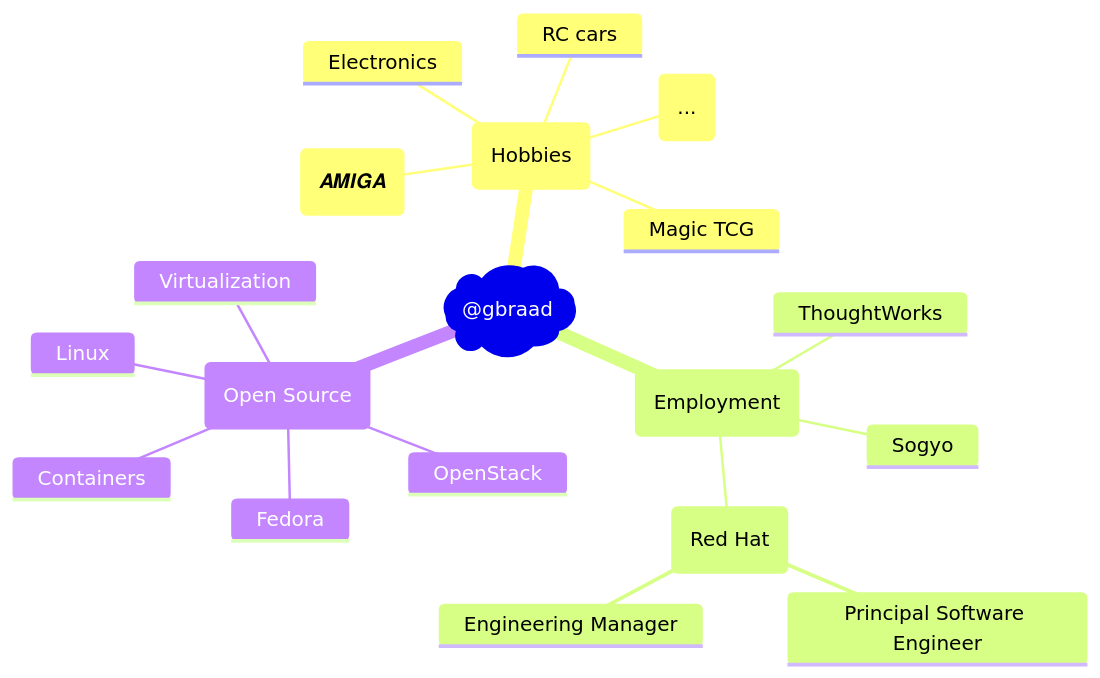
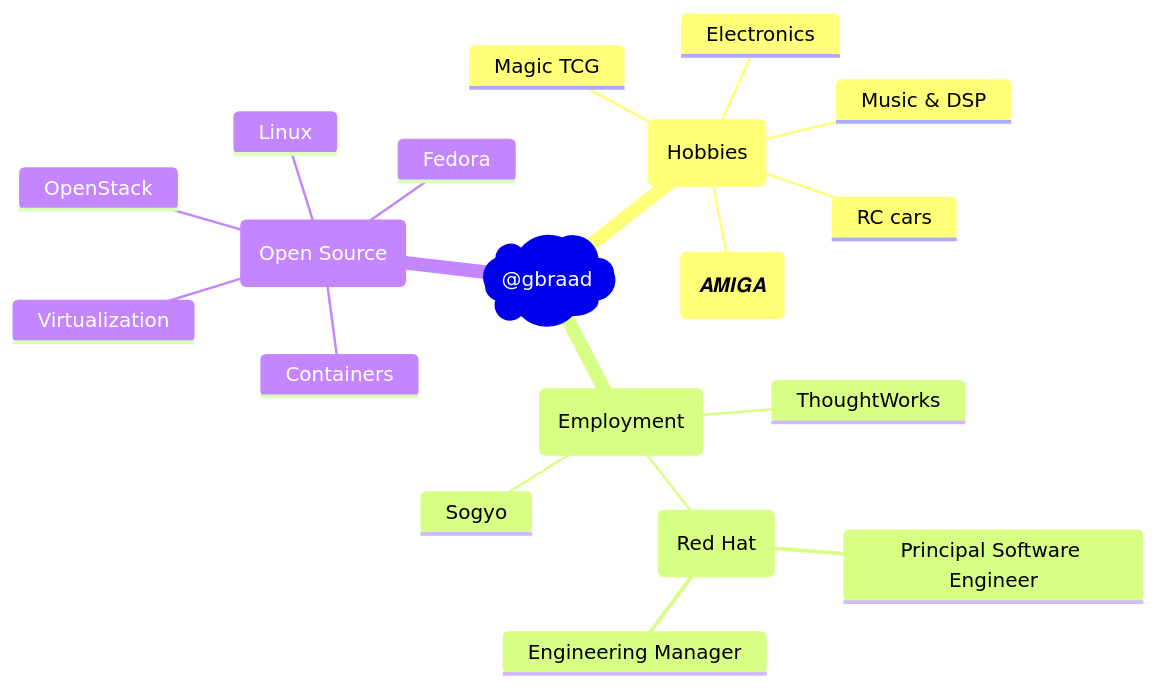
The diagram in README.md (gbraad/gbraad), drawn with Mermaid before and after one commit.

````diff
--- a/README.md
+++ b/README.md
@@ -34,22 +34,22 @@
 ```mermaid
 mindmap
    root)@gbraad(
       (Hobbies)
          (𝑨𝑴𝑰𝑮𝑨)
+         Music & DSP
          Electronics
          RC cars
          Magic TCG
-         (...)
       (Employment)
          Sogyo
          ThoughtWorks
          (Red Hat)
             Principal Software Engineer
             Engineering Manager
       (Open Source)
          Linux
          Fedora
          OpenStack
          Containers
          Virtualization
 ```
````
